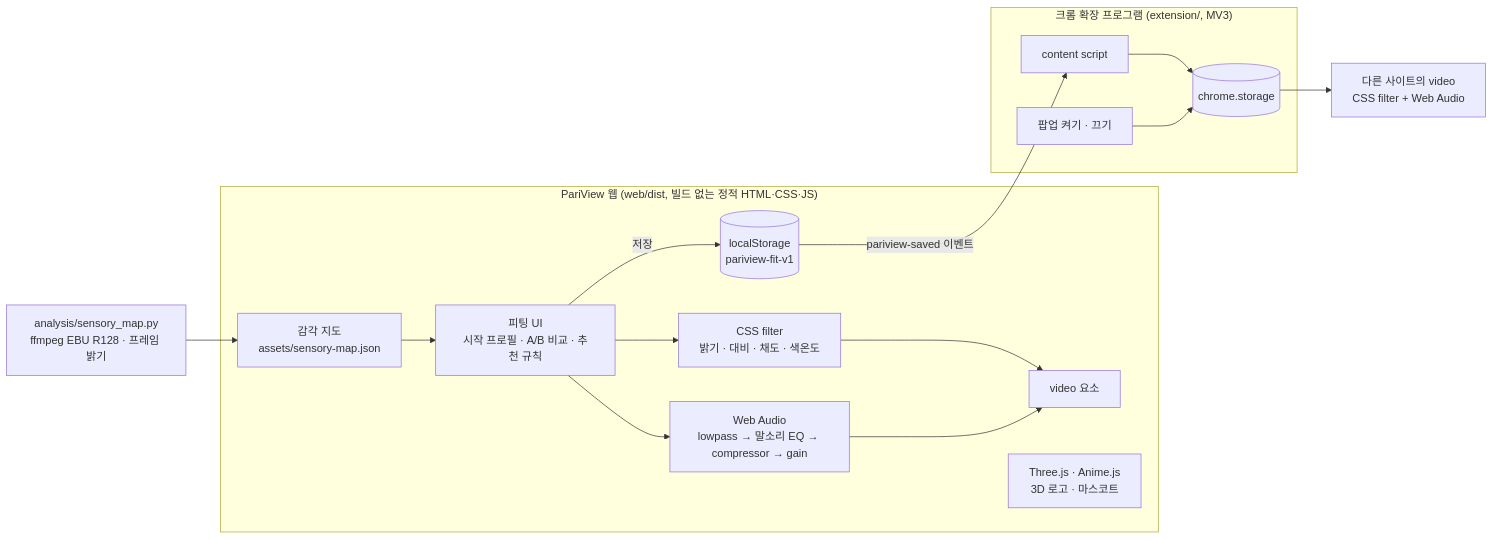
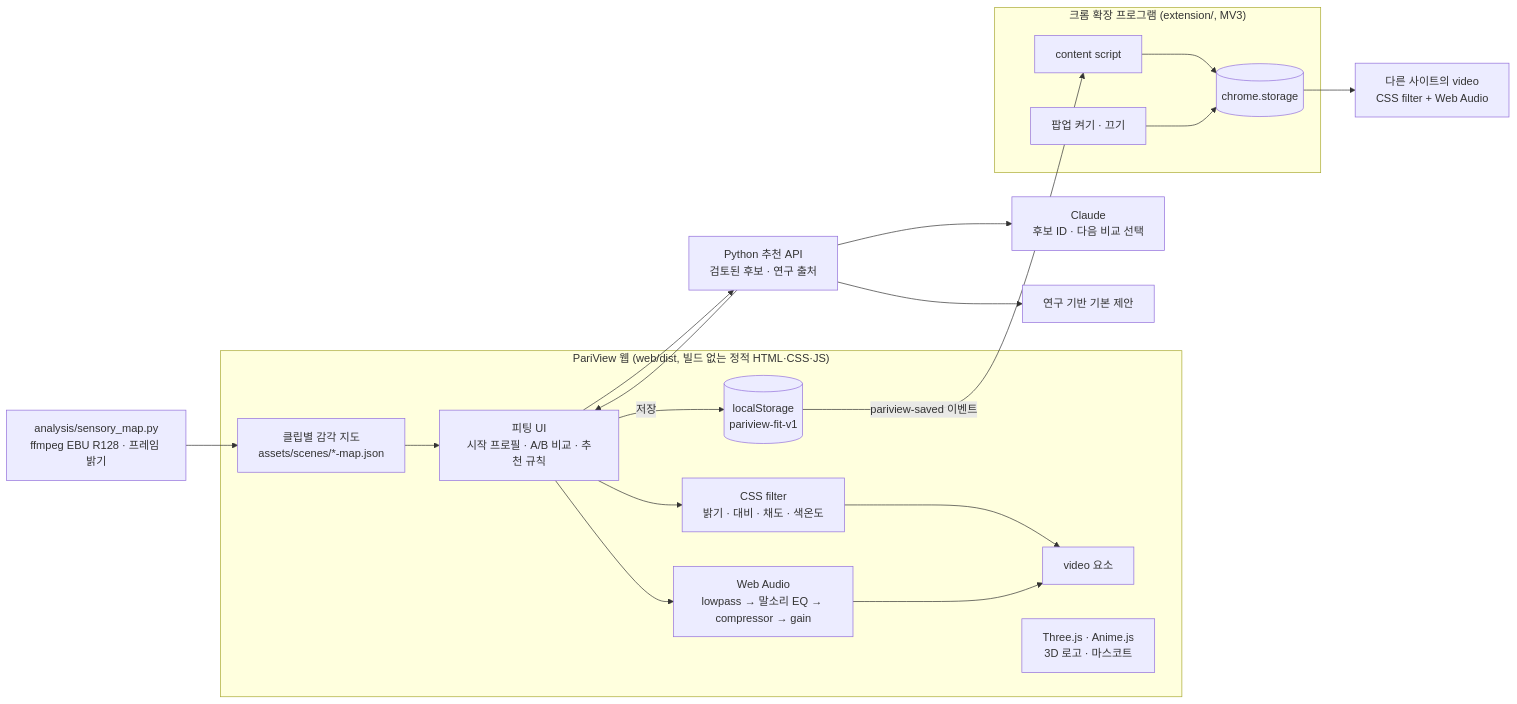
Before and after one commit to ryeong03/pariview: the diagram in README.md, drawn with Mermaid. The commit also changed other lines of this file and 63 other files, not shown here.

Commit message:
Ship three film scenes and research-based Claude recommendation server

````diff
--- a/README.md
+++ b/README.md
@@ -51,25 +56,29 @@
 ```mermaid
 flowchart LR
   subgraph Web["PariView 웹 (web/dist, 빌드 없는 정적 HTML·CSS·JS)"]
     UI["피팅 UI<br>시작 프로필 · A/B 비교 · 추천 규칙"]
     V["video 요소"]
     F["CSS filter<br>밝기 · 대비 · 채도 · 색온도"]
     A["Web Audio<br>lowpass → 말소리 EQ → compressor → gain"]
-    M["감각 지도<br>assets/sensory-map.json"]
+    M["클립별 감각 지도<br>assets/scenes/*-map.json"]
     S[("localStorage<br>pariview-fit-v1")]
     G["Three.js · Anime.js<br>3D 로고 · 마스코트"]
     UI --> F --> V
     UI --> A --> V
     UI -- 저장 --> S
     M --> UI
   end
   subgraph Ext["크롬 확장 프로그램 (extension/, MV3)"]
     CS["content script"]
     CST[("chrome.storage")]
     P["팝업 켜기 · 끄기"]
   end
   S -- "pariview-saved 이벤트" --> CS --> CST
   CST --> O["다른 사이트의 video<br>CSS filter + Web Audio"]
   P --> CST
   AN["analysis/sensory_map.py<br>ffmpeg EBU R128 · 프레임 밝기"] --> M
+  UI --> API["Python 추천 API<br>검토된 후보 · 연구 출처"]
+  API --> Claude["Claude<br>후보 ID · 다음 비교 선택"]
+  API --> Default["연구 기반 기본 제안"]
+  API --> UI
 ```
````
